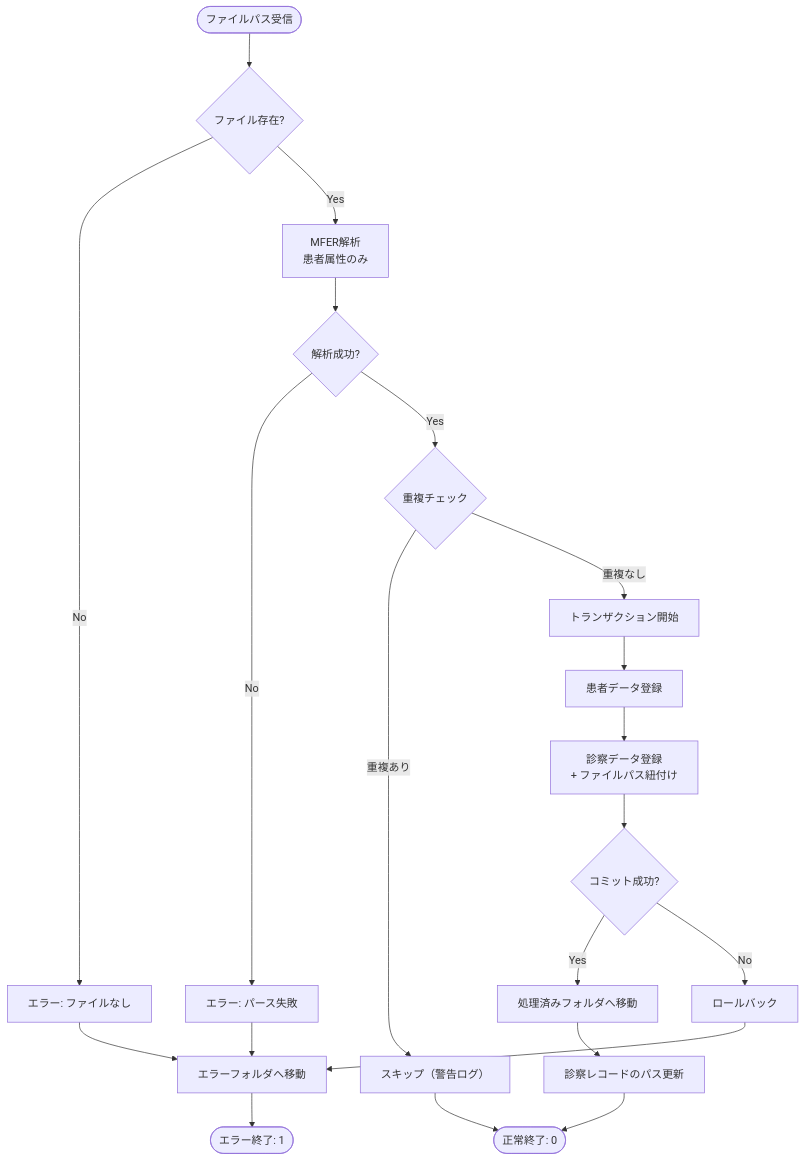
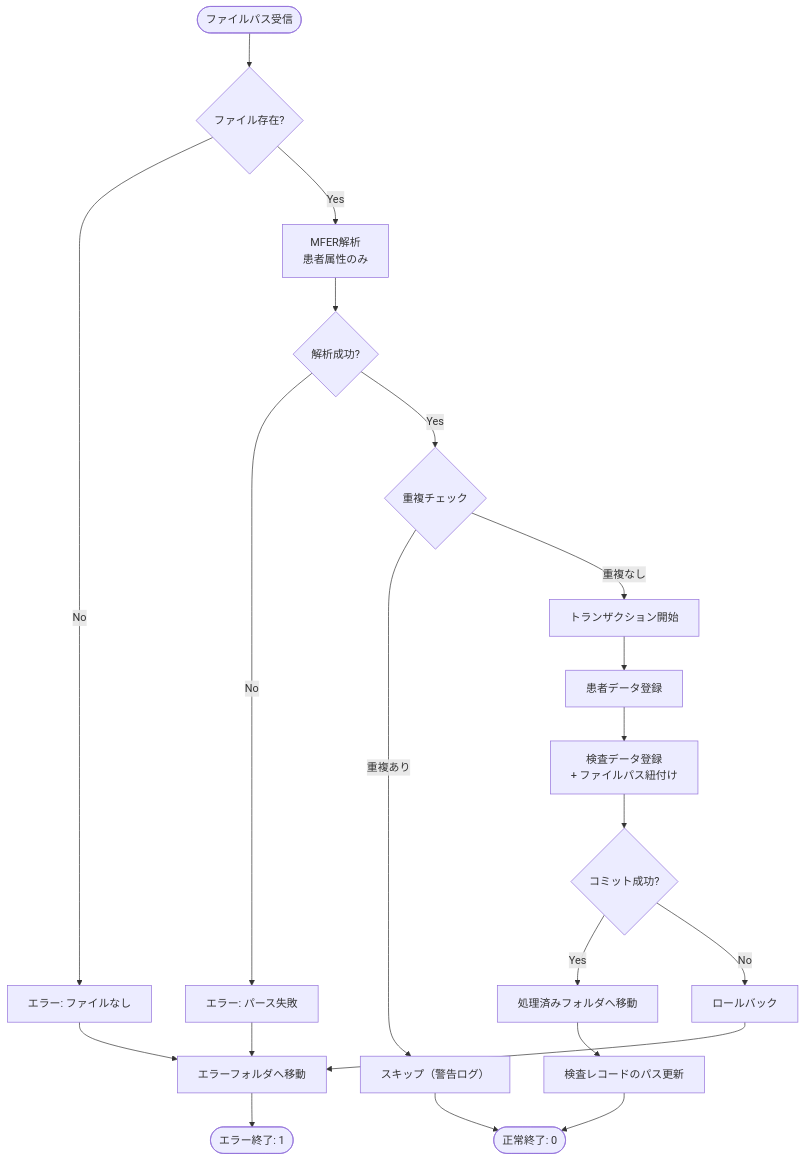
One commit to Universal-Micro-Networks/ecg-mi-inference changed the second of 2 diagrams in .kiro/specs/file-importer/requirements.md. Above: the diagram before and after it, drawn with Mermaid. The commit also changed other lines of this file and 28 other files, not shown here.

````diff
--- a/.kiro/specs/file-importer/requirements.md
+++ b/.kiro/specs/file-importer/requirements.md
@@ -268,29 +268,29 @@
 ```mermaid
 flowchart TD
     Start([ファイルパス受信]) --> Validate{ファイル存在?}
     Validate -->|No| ErrorFile[エラー: ファイルなし]
     Validate -->|Yes| Parse[MFER解析<br/>患者属性のみ]
 
     Parse --> ParseOK{解析成功?}
     ParseOK -->|No| ErrorParse[エラー: パース失敗]
     ParseOK -->|Yes| CheckDup{重複チェック}
 
     CheckDup -->|重複あり| Skip[スキップ（警告ログ）]
     CheckDup -->|重複なし| BeginTx[トランザクション開始]
 
     BeginTx --> RegisterPatient[患者データ登録]
-    RegisterPatient --> RegisterExam[診察データ登録<br/>+ ファイルパス紐付け]
+    RegisterPatient --> RegisterExam[検査データ登録<br/>+ ファイルパス紐付け]
     RegisterExam --> CommitTx{コミット成功?}
 
     CommitTx -->|Yes| MoveFile[処理済みフォルダへ移動]
     CommitTx -->|No| Rollback[ロールバック]
     Rollback --> MoveError[エラーフォルダへ移動]
 
-    MoveFile --> UpdatePath[診察レコードのパス更新]
+    MoveFile --> UpdatePath[検査レコードのパス更新]
     UpdatePath --> Success([正常終了: 0])
 
     ErrorFile --> MoveError
     ErrorParse --> MoveError
     MoveError --> Failure([エラー終了: 1])
     Skip --> Success
 ```
````
